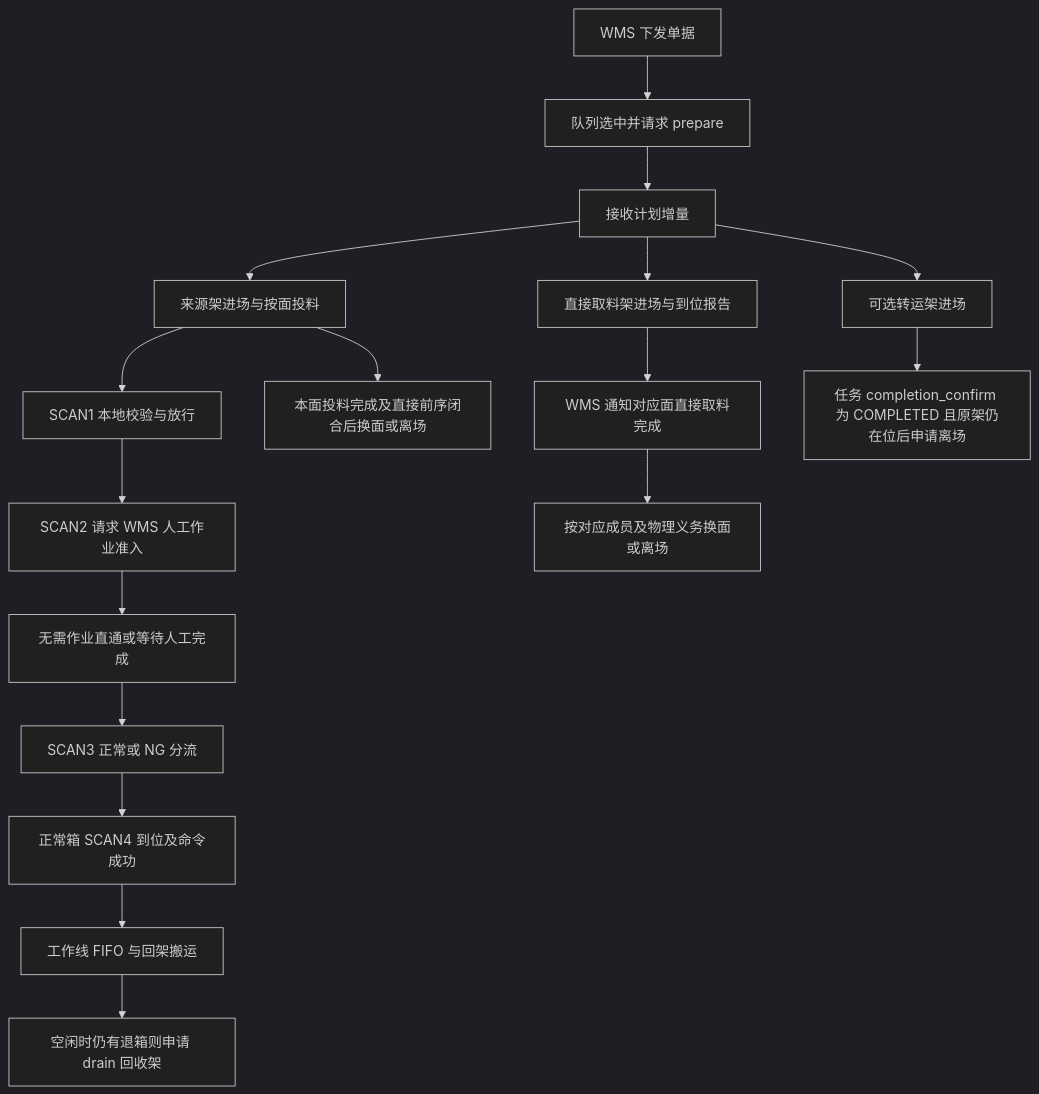
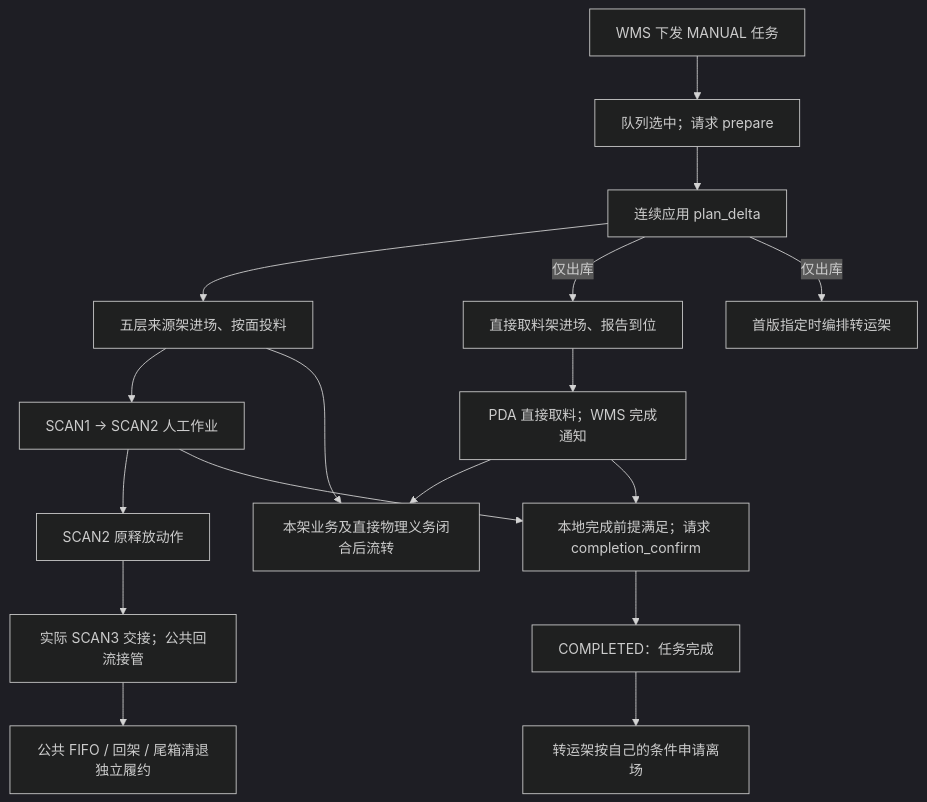
One commit to kaizhoumasha/maintenance-admin changed the first of 2 diagrams in docs/integrations/manual-picking-api.md. Above: the diagram before and after it, drawn with Mermaid (dark theme). The commit also changed other lines of this file and 32 other files, not shown here.

````diff
--- a/docs/integrations/manual-picking-api.md
+++ b/docs/integrations/manual-picking-api.md
@@ -28,19 +66,19 @@
 ```mermaid
 flowchart TD
-    A[WMS 下发单据] --> B[队列选中并请求 prepare]
-    B --> C[接收计划增量]
-    C --> D[来源架进场与按面投料]
-    C --> E[直接取料架进场与到位报告]
-    C --> F[可选转运架进场]
-    D --> G[SCAN1 本地校验与放行]
-    G --> H[SCAN2 请求 WMS 人工作业准入]
-    H --> I[无需作业直通或等待人工完成]
-    I --> J[SCAN3 正常或 NG 分流]
-    J --> K[正常箱 SCAN4 到位及命令成功]
-    K --> L[工作线 FIFO 与回架搬运]
-    D --> M[本面投料完成及直接前序闭合后换面或离场]
-    E --> N[WMS 通知对应面直接取料完成]
-    N --> O[按对应成员及物理义务换面或离场]
-    F --> P[任务 completion_confirm 为 COMPLETED 且原架仍在位后申请离场]
-    L --> Q[空闲时仍有退箱则申请 drain 回收架]
+    A["WMS 下发 MANUAL 任务"] --> B["队列选中；请求 prepare"]
+    B --> C["连续应用 plan_delta"]
+    C --> D["五层来源架进场、按面投料"]
+    C -->|仅出库| E["直接取料架进场、报告到位"]
+    C -->|仅出库| F["首版指定时编排转运架"]
+    D --> G["SCAN1 → SCAN2 人工作业"]
+    E --> H["PDA 直接取料；WMS 完成通知"]
+    G --> I["SCAN2 原释放动作"]
+    I --> J["实际 SCAN3 交接；公共回流接管"]
+    H --> K["本架业务及直接物理义务闭合后流转"]
+    D --> K
+    G --> L["本地完成前提满足；请求 completion_confirm"]
+    H --> L
+    L --> M["COMPLETED：任务完成"]
+    M --> N["转运架按自己的条件申请离场"]
+    J --> O["公共 FIFO / 回架 / 尾箱清退独立履约"]
 ```
````
